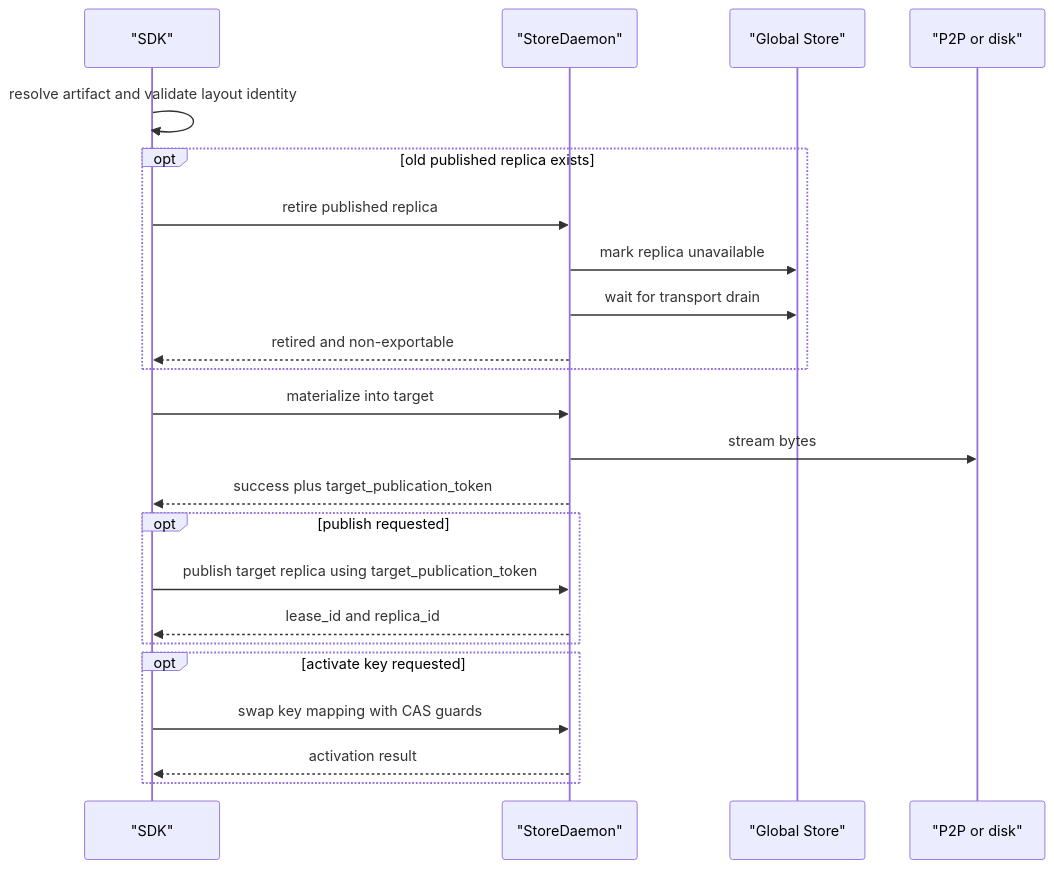
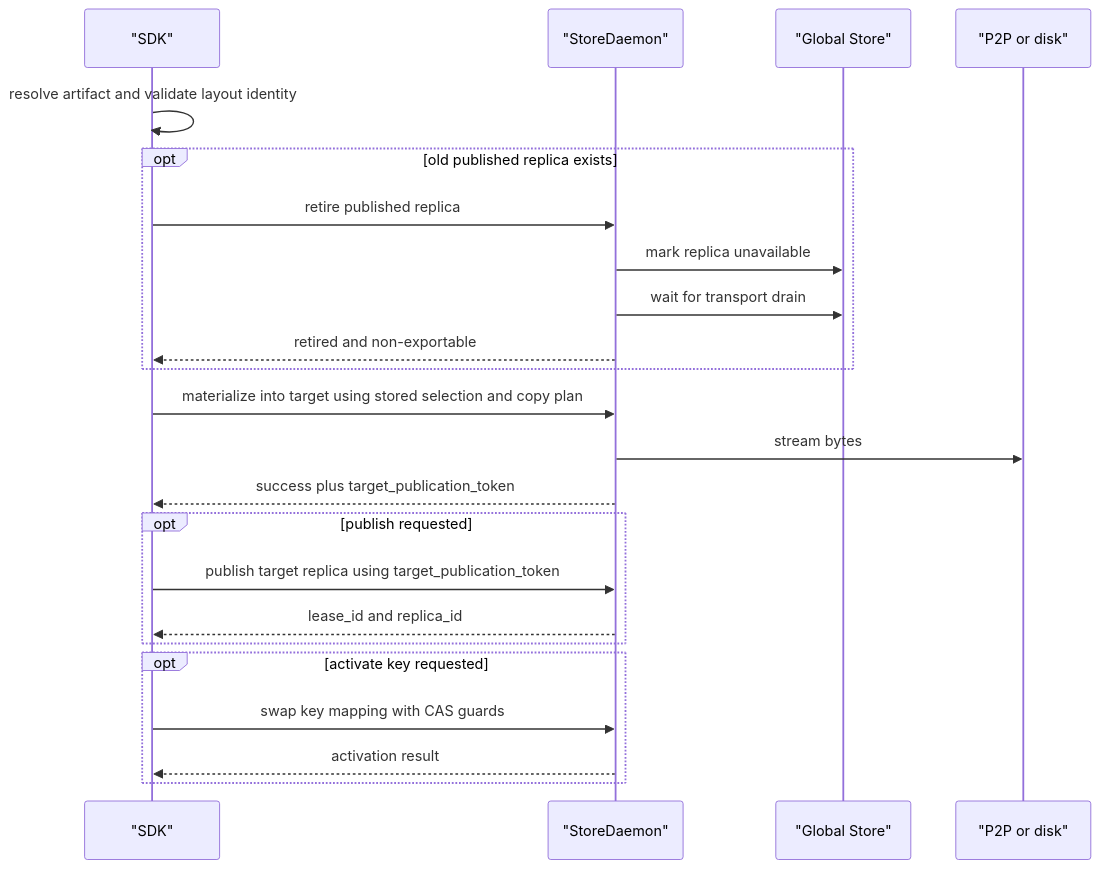
Before and after one commit to tensorcast-ai/tensorcast: the second of 2 diagrams in docs/designs/0084-binding-unified-model-and-contract.md, drawn with Mermaid. The commit also changed other lines of this file and 33 other files, not shown here.

````diff
--- a/docs/designs/0084-binding-unified-model-and-contract.md
+++ b/docs/designs/0084-binding-unified-model-and-contract.md
@@ -358,26 +435,26 @@
 ```mermaid
 sequenceDiagram
   participant SDK as "SDK"
   participant D as "StoreDaemon"
   participant GS as "Global Store"
   participant IO as "P2P or disk"
 
   SDK->>SDK: resolve artifact and validate layout identity
   opt old published replica exists
     SDK->>D: retire published replica
     D->>GS: mark replica unavailable
     D->>GS: wait for transport drain
     D-->>SDK: retired and non-exportable
   end
-  SDK->>D: materialize into target
+  SDK->>D: materialize into target using stored selection and copy plan
   D->>IO: stream bytes
   D-->>SDK: success plus target_publication_token
   opt publish requested
     SDK->>D: publish target replica using target_publication_token
     D-->>SDK: lease_id and replica_id
   end
   opt activate key requested
     SDK->>D: swap key mapping with CAS guards
     D-->>SDK: activation result
   end
 ```
````
